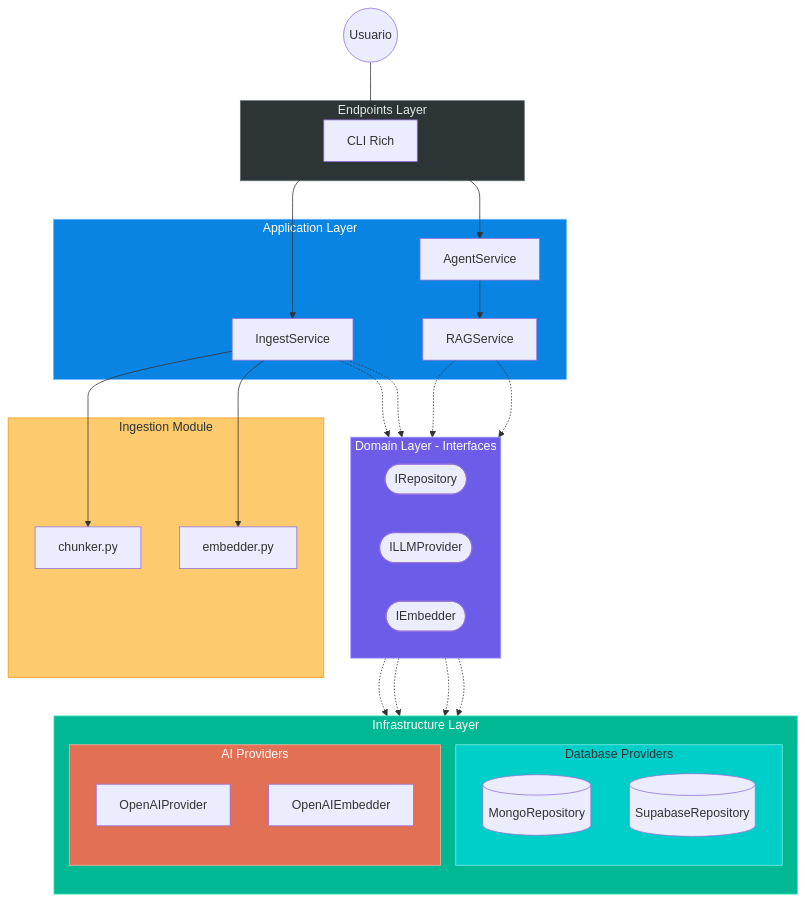
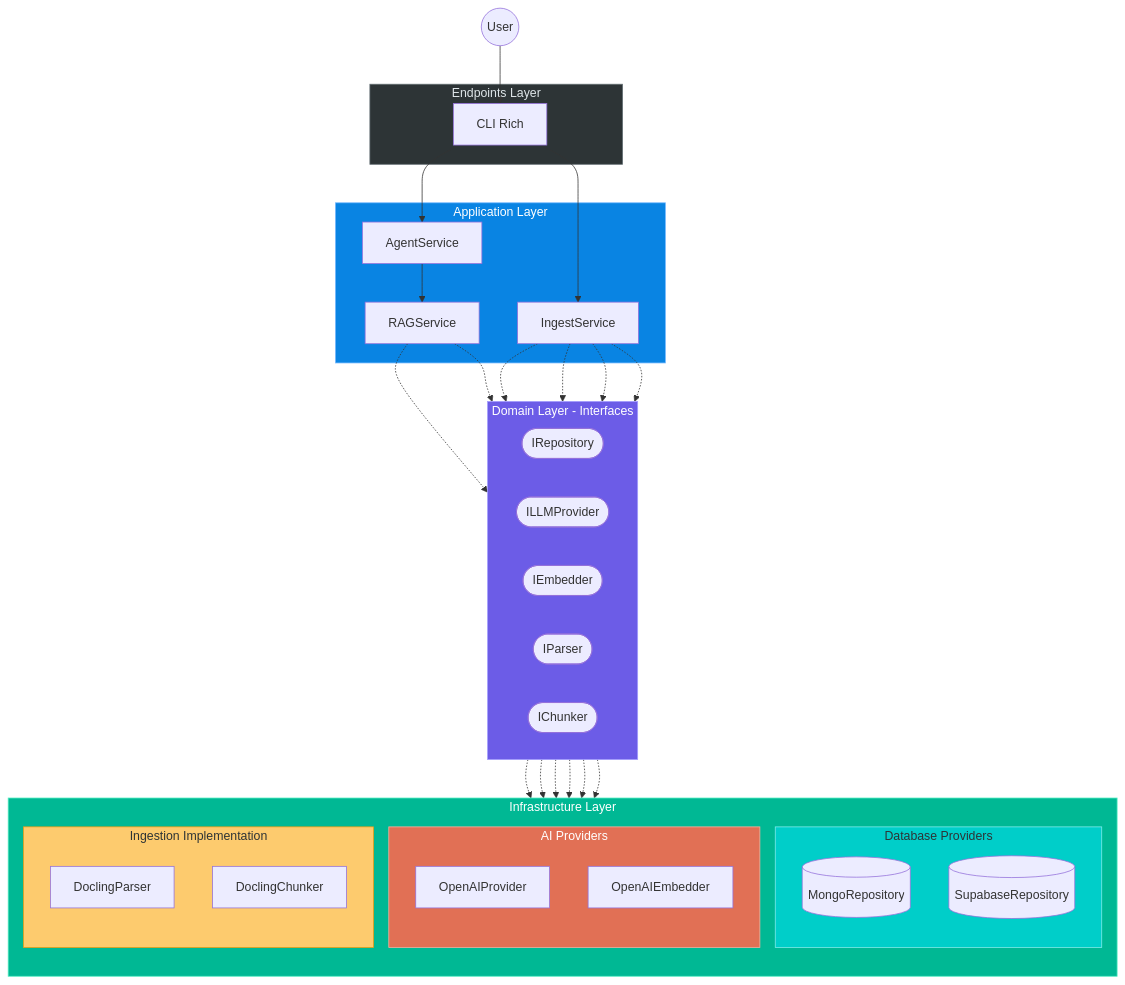
The diagram in README.md (FullFran/Hybrid-RAG-example), drawn with Mermaid before and after one commit. The commit also changed other lines of this file and 1 other file, not shown here.

First line of the commit message:
docs: internationalize and update documentation for new architecture

````diff
--- a/README.md
+++ b/README.md
@@ -27,65 +27,67 @@
 ```mermaid
 flowchart TB
-    User((Usuario))
+    User((User))
 
     subgraph Endpoints["Endpoints Layer"]
         CLI[CLI Rich]
     end
 
     subgraph Services["Application Layer"]
         Agent[AgentService]
         RAG[RAGService]
         Ingest[IngestService]
     end
 
     subgraph Core["Domain Layer - Interfaces"]
         direction LR
         IRepo([IRepository])
         ILLM([ILLMProvider])
         IEmb([IEmbedder])
+        IPar([IParser])
+        IChu([IChunker])
     end
 
     subgraph Infra["Infrastructure Layer"]
         direction TB
         subgraph DBs["Database Providers"]
             Mongo[(MongoRepository)]
             Supa[(SupabaseRepository)]
         end
         subgraph AI["AI Providers"]
             OAILLM[OpenAIProvider]
             OAIEmb[OpenAIEmbedder]
         end
-    end
-
-    subgraph Ingestion["Ingestion Module"]
-        Chunker[chunker.py]
-        Embedder[embedder.py]
+        subgraph Ingestion["Ingestion Implementation"]
+            DPar[DoclingParser]
+            DChu[DoclingChunker]
+        end
     end
 
     User --> CLI
     CLI --> Agent
     Agent --> RAG
     CLI --> Ingest
 
     RAG -.-> IRepo
     RAG -.-> ILLM
     Ingest -.-> IRepo
     Ingest -.-> IEmb
+    Ingest -.-> IPar
+    Ingest -.-> IChu
 
     IRepo -.-> Mongo
     IRepo -.-> Supa
     ILLM -.-> OAILLM
     IEmb -.-> OAIEmb
-
-    Ingest --> Chunker
-    Ingest --> Embedder
+    IPar -.-> DPar
+    IChu -.-> DChu
 
     %% Layer styling
     style Endpoints fill:#2d3436,stroke:#636e72,color:#dfe6e9
     style Services fill:#0984e3,stroke:#74b9ff,color:#fff
     style Core fill:#6c5ce7,stroke:#a29bfe,color:#fff
     style Infra fill:#00b894,stroke:#55efc4,color:#fff
-    style Ingestion fill:#fdcb6e,stroke:#f39c12,color:#2d3436
     style DBs fill:#00cec9,stroke:#81ecec,color:#2d3436
     style AI fill:#e17055,stroke:#fab1a0,color:#fff
+    style Ingestion fill:#fdcb6e,stroke:#f39c12,color:#2d3436
 ```
````
